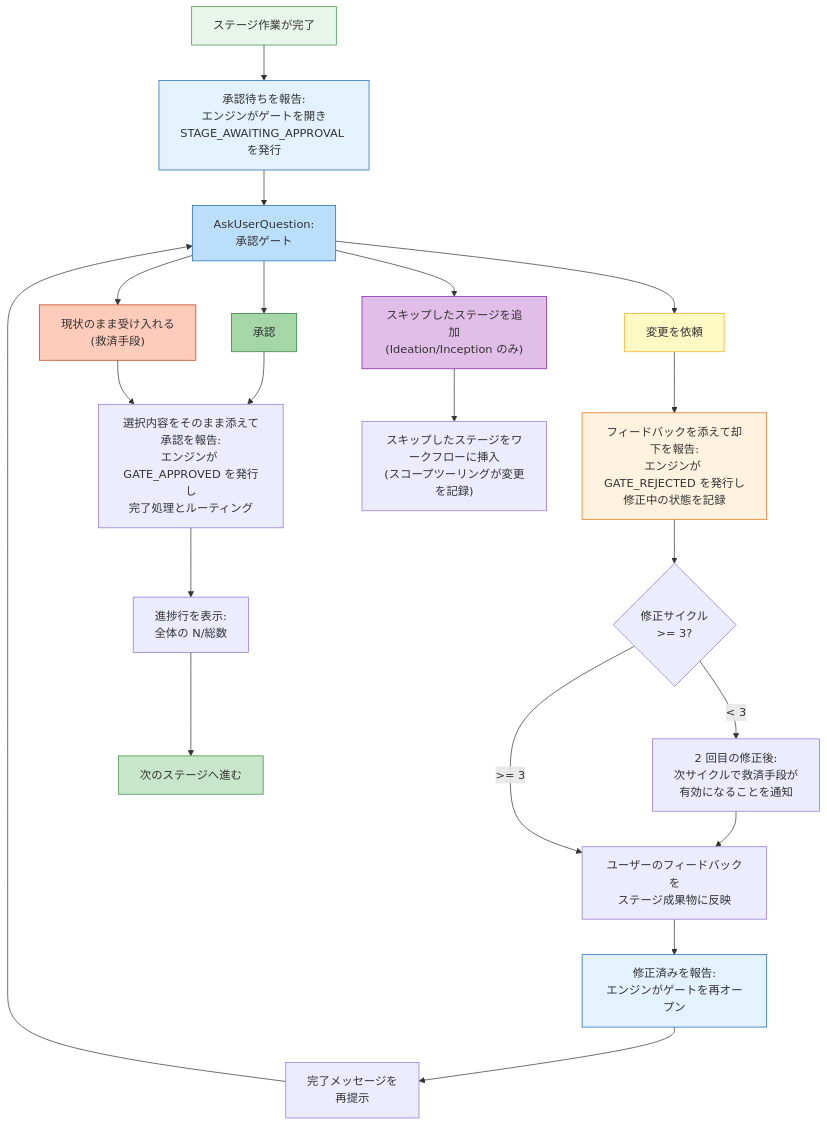
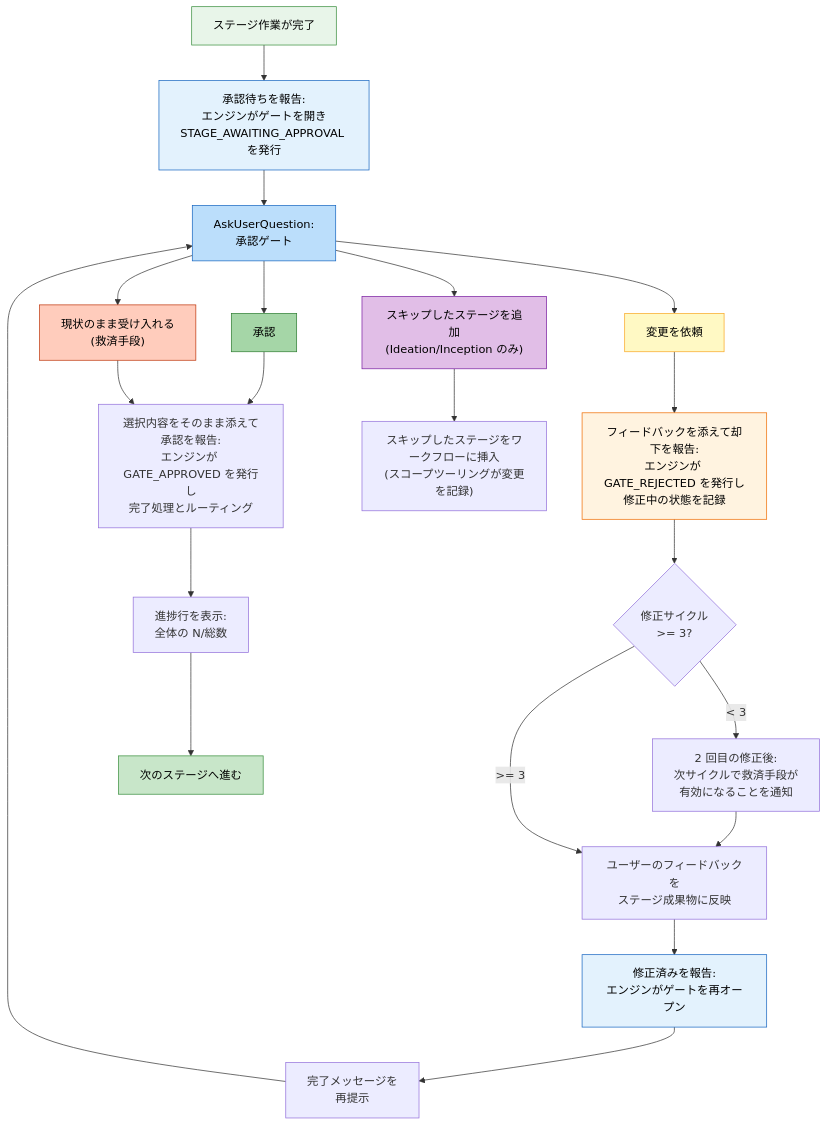
One commit to otomatty/aidlc-guide changed the diagram in docs/guide/ja/07-interaction-modes.md. Above: the diagram before and after it, drawn with Mermaid. The commit also changed other lines of this file and 321 other files, not shown here.

````diff
--- a/docs/guide/ja/07-interaction-modes.md
+++ b/docs/guide/ja/07-interaction-modes.md
@@ -76,51 +78,51 @@
 ```mermaid
 flowchart TD
     COMPLETE["ステージ作業が完了"]
     REPORT_AWAITING["承認待ちを報告:\nエンジンがゲートを開き\nSTAGE_AWAITING_APPROVAL を発行"]
     ASK["AskUserQuestion:\n承認ゲート"]
 
     APPROVE["承認"]
     CHANGES["変更を依頼"]
     ACCEPT["現状のまま受け入れる\n(救済手段)"]
     ADD_STAGE["スキップしたステージを追加\n(Ideation/Inception のみ)"]
 
     REVISION_COUNT{"修正サイクル\n>= 3?"}
     NOTE_2ND["2 回目の修正後:\n次サイクルで救済手段が\n有効になることを通知"]
 
     REPORT_APPROVED["選択内容をそのまま添えて承認を報告:\nエンジンが GATE_APPROVED を発行し\n完了処理とルーティング"]
     REPORT_REJECTED["フィードバックを添えて却下を報告:\nエンジンが GATE_REJECTED を発行し\n修正中の状態を記録"]
     REPORT_REVISED["修正済みを報告:\nエンジンがゲートを再オープン"]
     PROGRESS["進捗行を表示:\n全体の N/総数"]
     NEXT_STAGE["次のステージへ進む"]
 
     REVISE["ユーザーのフィードバックを\nステージ成果物に反映"]
     RE_PRESENT["完了メッセージを\n再提示"]
 
     ADD_EXEC["スキップしたステージをワークフローに挿入\n(スコープツーリングが変更を記録)"]
 
     COMPLETE --> REPORT_AWAITING --> ASK
     ASK --> APPROVE
     ASK --> CHANGES
     ASK --> ACCEPT
     ASK --> ADD_STAGE
 
     APPROVE --> REPORT_APPROVED --> PROGRESS --> NEXT_STAGE
     ACCEPT --> REPORT_APPROVED
 
     CHANGES --> REPORT_REJECTED --> REVISION_COUNT
     REVISION_COUNT -->|"< 3"| NOTE_2ND --> REVISE --> REPORT_REVISED --> RE_PRESENT --> ASK
     REVISION_COUNT -->|">= 3"| REVISE
 
     ADD_STAGE --> ADD_EXEC
 
-    style COMPLETE fill:#e8f5e9,stroke:#388e3c
-    style REPORT_AWAITING fill:#e3f2fd,stroke:#1565c0
-    style ASK fill:#bbdefb,stroke:#1565c0
-    style APPROVE fill:#a5d6a7,stroke:#2e7d32
-    style CHANGES fill:#fff9c4,stroke:#f9a825
-    style REPORT_REJECTED fill:#fff3e0,stroke:#ef6c00
-    style REPORT_REVISED fill:#e3f2fd,stroke:#1565c0
-    style ACCEPT fill:#ffccbc,stroke:#bf360c
-    style ADD_STAGE fill:#e1bee7,stroke:#7b1fa2
-    style NEXT_STAGE fill:#c8e6c9,stroke:#388e3c
+    style COMPLETE fill:#e8f5e9,stroke:#388e3c,color:#000
+    style REPORT_AWAITING fill:#e3f2fd,stroke:#1565c0,color:#000
+    style ASK fill:#bbdefb,stroke:#1565c0,color:#000
+    style APPROVE fill:#a5d6a7,stroke:#2e7d32,color:#000
+    style CHANGES fill:#fff9c4,stroke:#f9a825,color:#000
+    style REPORT_REJECTED fill:#fff3e0,stroke:#ef6c00,color:#000
+    style REPORT_REVISED fill:#e3f2fd,stroke:#1565c0,color:#000
+    style ACCEPT fill:#ffccbc,stroke:#bf360c,color:#000
+    style ADD_STAGE fill:#e1bee7,stroke:#7b1fa2,color:#000
+    style NEXT_STAGE fill:#c8e6c9,stroke:#388e3c,color:#000
 ```
````
